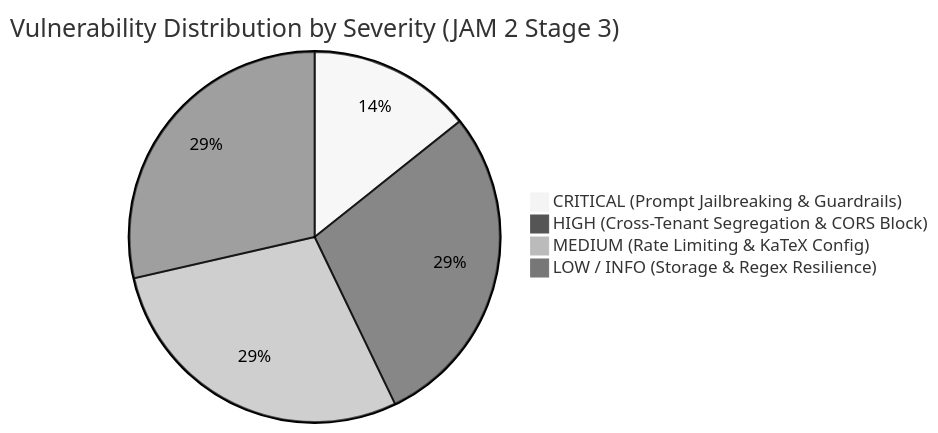
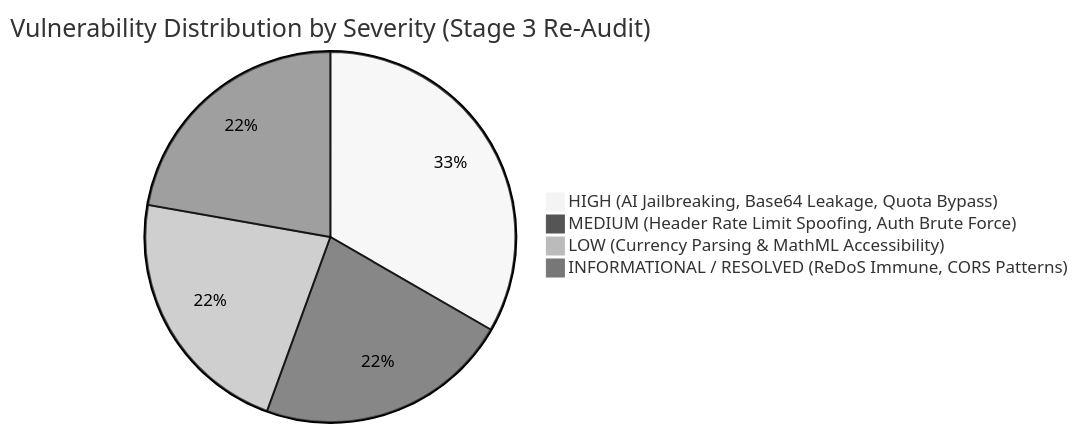
The first of 6 diagrams in docs/audit/jam2-stage3-runtime-pentest-fuzzing.md (Veras-D/AprovaENEM), drawn with Mermaid (neutral theme) before and after one commit. The commit also changed other lines of this file and 2 other files, not shown here.

Commit message:
docs(audit): update Stage 1 threat model and Stage 3 runtime penetration reports (TASK-S6-06)

````diff
--- a/docs/audit/jam2-stage3-runtime-pentest-fuzzing.md
+++ b/docs/audit/jam2-stage3-runtime-pentest-fuzzing.md
@@ -44,7 +45,7 @@
 ```mermaid
-pie title Vulnerability Distribution by Severity (JAM 2 Stage 3)
-    "CRITICAL (Prompt Jailbreaking & Guardrails)" : 1
-    "HIGH (Cross-Tenant Segregation & CORS Block)" : 2
-    "MEDIUM (Rate Limiting & KaTeX Config)" : 2
-    "LOW / INFO (Storage & Regex Resilience)" : 2
+pie title Vulnerability Distribution by Severity (Stage 3 Re-Audit)
+    "HIGH (AI Jailbreaking, Base64 Leakage, Quota Bypass)" : 3
+    "MEDIUM (Header Rate Limit Spoofing, Auth Brute Force)" : 2
+    "LOW (Currency Parsing & MathML Accessibility)" : 2
+    "INFORMATIONAL / RESOLVED (ReDoS Immune, CORS Patterns)" : 2
 ```
````
